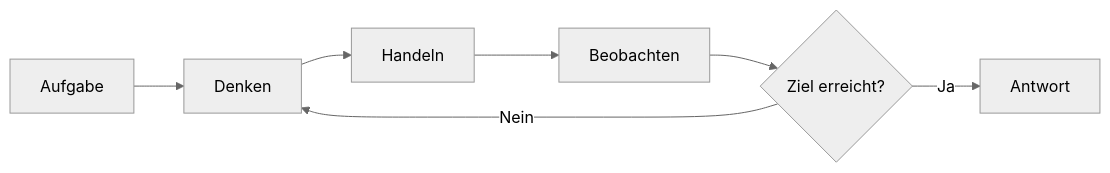
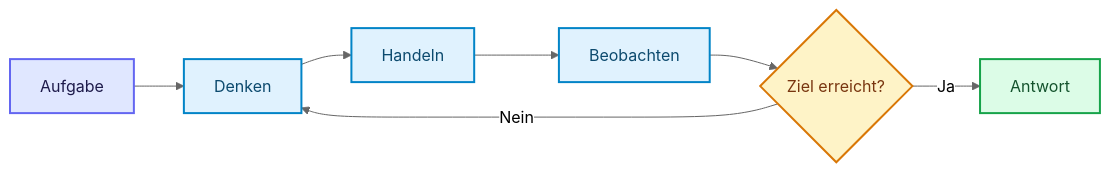
Before and after one commit to ralf-42/Agenten: the fifth of 7 diagrams in docs/04-agenten-implementierung/entwurf/agent-architekturen.md, drawn with Mermaid (neutral theme). The commit also changed other lines of this file and 18 other files, not shown here.

````diff
--- a/docs/04-agenten-implementierung/entwurf/agent-architekturen.md
+++ b/docs/04-agenten-implementierung/entwurf/agent-architekturen.md
@@ -239,9 +281,18 @@
 ```mermaid
 flowchart LR
     A[Aufgabe] --> B[Denken]
     B --> C[Handeln]
     C --> D[Beobachten]
     D --> E{Ziel erreicht?}
     E -->|Nein| B
     E -->|Ja| F[Antwort]
+
+    classDef default fill:#e0f2fe,stroke:#0284c7,stroke-width:2px,color:#0c4a6e;
+    classDef input fill:#e0e7ff,stroke:#6366f1,stroke-width:2px,color:#1e1b4b;
+    classDef metric fill:#fef3c7,stroke:#d97706,stroke-width:2px,color:#78350f;
+    classDef output fill:#dcfce7,stroke:#16a34a,stroke-width:2px,color:#14532d;
+
+    class A input;
+    class E metric;
+    class F output;
 ```
````
